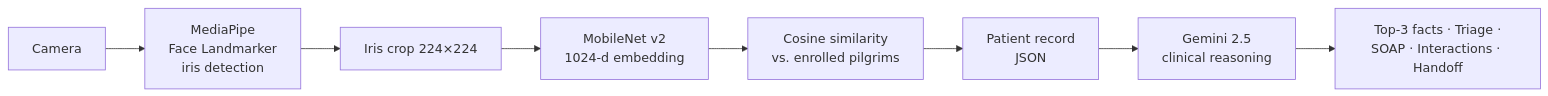
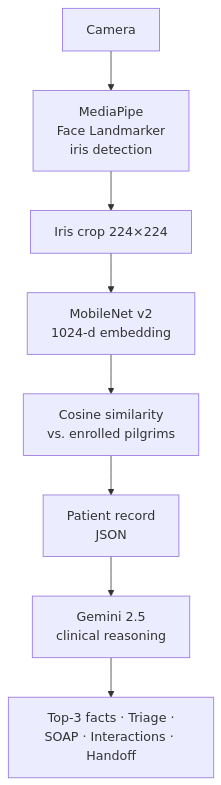
The diagram in README.md (Faisalmoh99/biolens), drawn with Mermaid before and after one commit.

Commit message:
docs: switch architecture diagram to top-to-bottom

````diff
--- a/README.md
+++ b/README.md
@@ -46,10 +46,10 @@
 ```mermaid
-flowchart LR
+flowchart TB
     A[Camera] --> B[MediaPipe<br/>Face Landmarker<br/>iris detection]
     B --> C[Iris crop 224×224]
     C --> D[MobileNet v2<br/>1024-d embedding]
     D --> E[Cosine similarity<br/>vs. enrolled pilgrims]
     E --> F[Patient record<br/>JSON]
     F --> G[Gemini 2.5<br/>clinical reasoning]
     G --> H[Top-3 facts · Triage ·<br/>SOAP · Interactions · Handoff]
 ```
````
